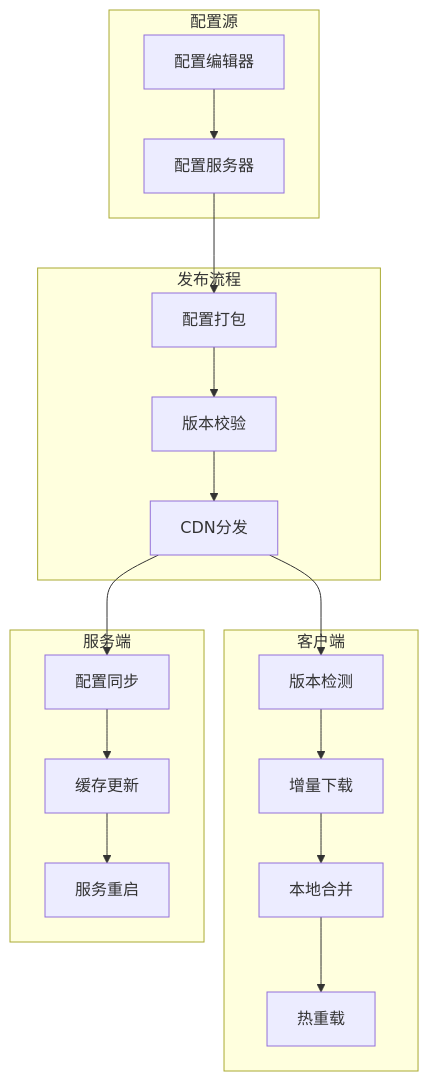
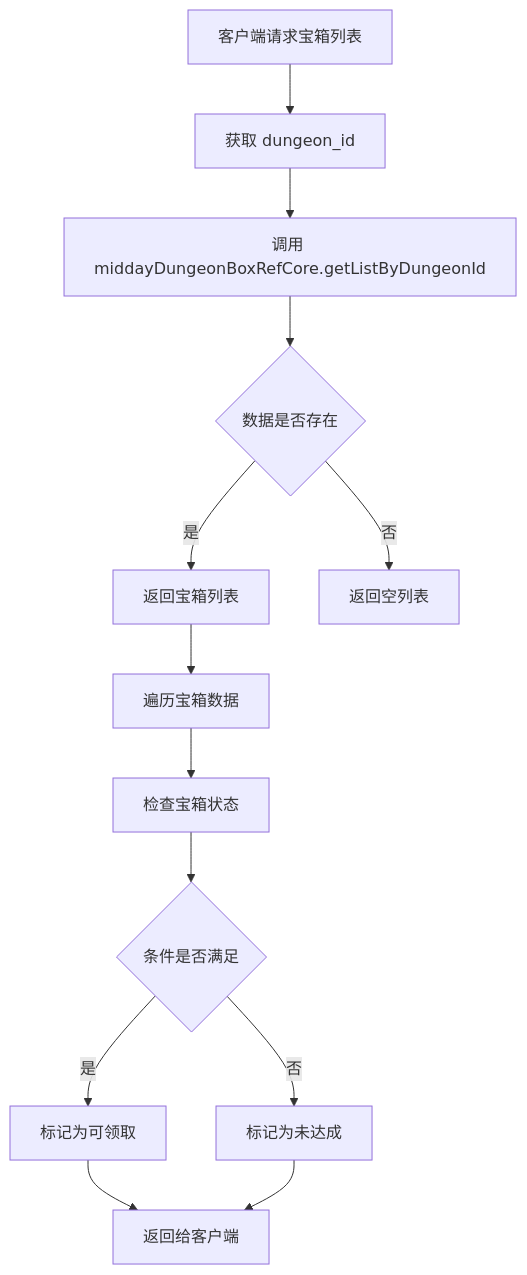
One commit to Alan-Ben/k2c_game_framework changed diagram 13 of 15 in docs/Module_Dungeon/01_数据配表.md. Above: the diagram before and after it, drawn with Mermaid. The commit also changed other lines of this file and 5 other files, not shown here.

````diff
--- a/docs/Module_Dungeon/01_数据配表.md
+++ b/docs/Module_Dungeon/01_数据配表.md
@@ -1658,38 +1462,15 @@
 ```mermaid
-flowchart TB
-    subgraph 配置源
-        A[配置编辑器]
-        B[配置服务器]
-    end
-
-    subgraph 发布流程
-        C[配置打包]
-        D[版本校验]
-        E[CDN分发]
-    end
-
-    subgraph 客户端
-        F[版本检测]
-        G[增量下载]
-        H[本地合并]
-        I[热重载]
-    end
-
-    subgraph 服务端
-        J[配置同步]
-        K[缓存更新]
-        L[服务重启]
-    end
-
-    A --> B
-    B --> C
-    C --> D
-    D --> E
-    E --> F
-    E --> J
-    F --> G
-    G --> H
-    H --> I
-    J --> K
+flowchart TD
+    A[客户端请求宝箱列表] --> B[获取 dungeon_id]
+    B --> C[调用 middayDungeonBoxRefCore.getListByDungeonId]
+    C --> D{数据是否存在}
+    D -->|是| E[返回宝箱列表]
+    D -->|否| F[返回空列表]
+    E --> G[遍历宝箱数据]
+    G --> H[检查宝箱状态]
+    H --> I{条件是否满足}
+    I -->|是| J[标记为可领取]
+    I -->|否| K[标记为未达成]
+    J --> L[返回给客户端]
     K --> L
 ```
````
